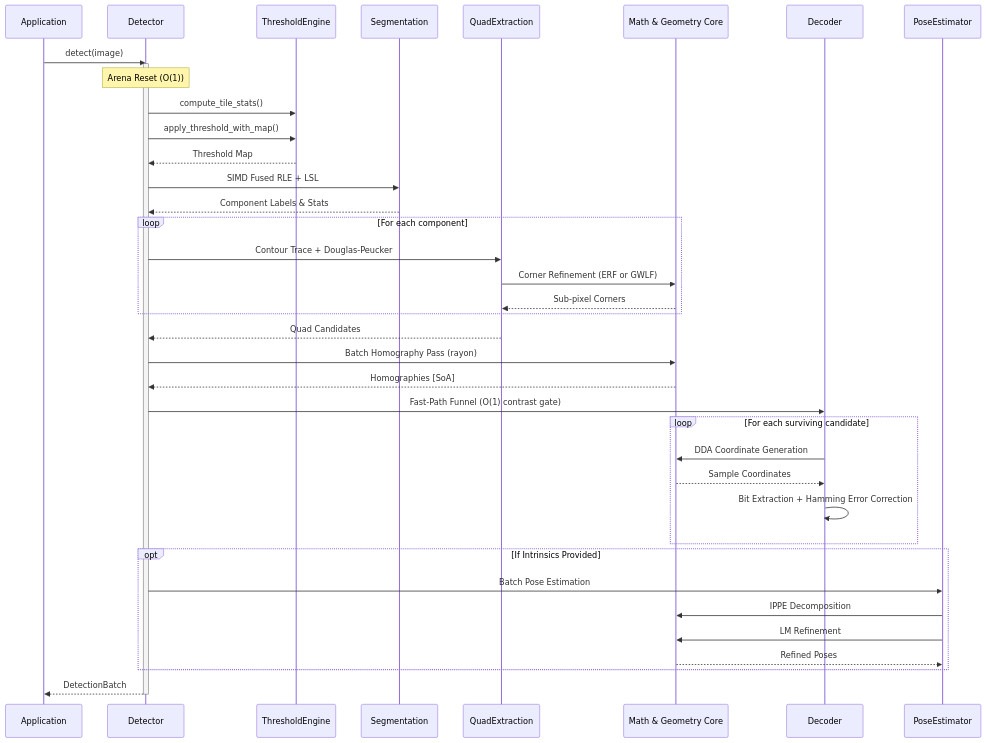
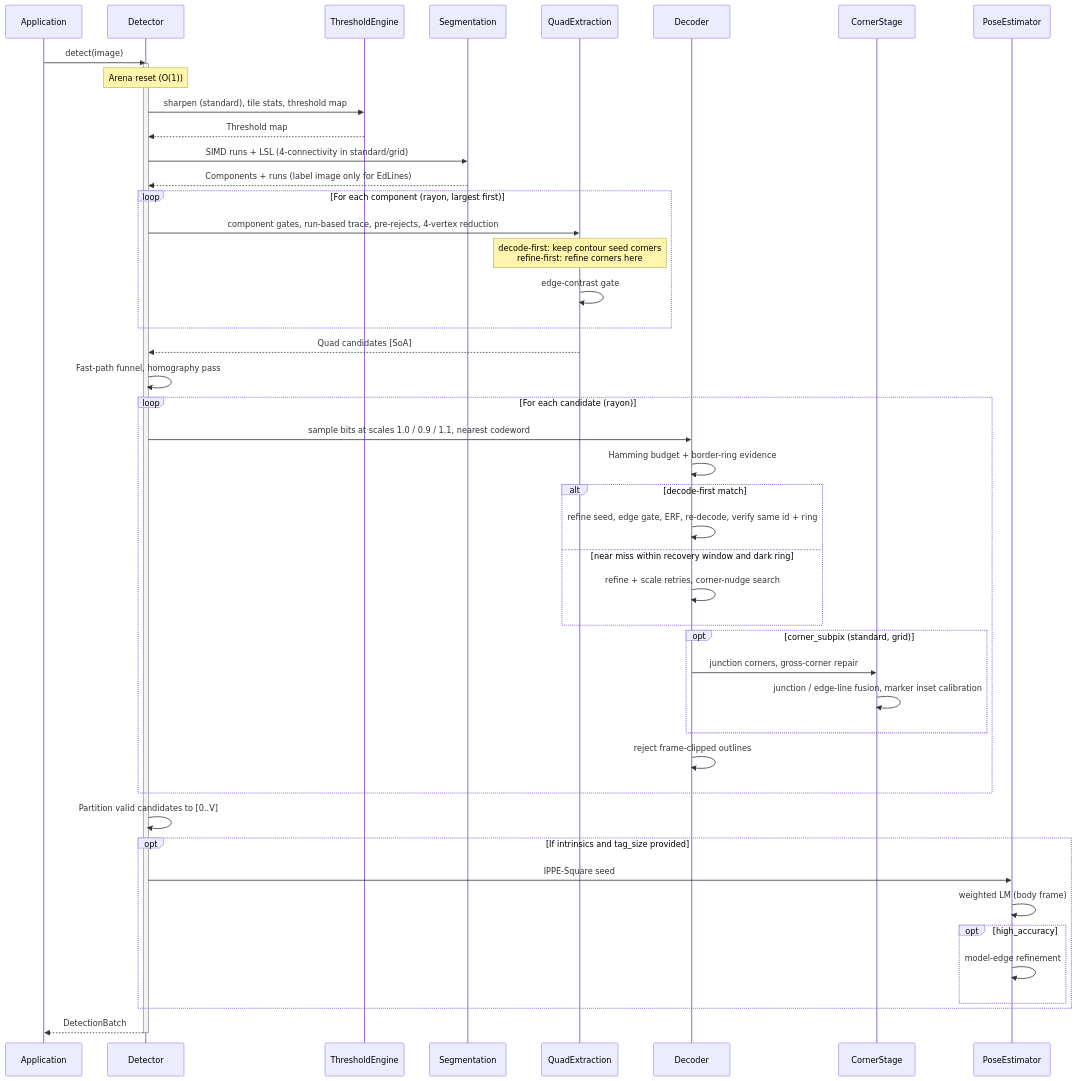
Before and after one commit to NoeFontana/locus-tag: the second of 2 diagrams in docs/explanation/pipeline.md, drawn with Mermaid. The commit also changed other lines of this file and 19 other files, not shown here.

````diff
--- a/docs/explanation/pipeline.md
+++ b/docs/explanation/pipeline.md
@@ -199,50 +234,59 @@
 ```mermaid
 sequenceDiagram
     participant App as Application
     participant Det as Detector
     participant Thresh as ThresholdEngine
     participant Seg as Segmentation
     participant Quad as QuadExtraction
-    participant Geom as Math & Geometry Core
     participant Decode as Decoder
+    participant Corner as CornerStage
     participant Pose as PoseEstimator
 
     App->>Det: detect(image)
     activate Det
 
-    Note over Det: Arena Reset (O(1))
+    Note over Det: Arena reset (O(1))
 
-    Det->>Thresh: compute_tile_stats()
-    Det->>Thresh: apply_threshold_with_map()
-    Thresh-->>Det: Threshold Map
+    Det->>Thresh: sharpen (standard), tile stats, threshold map
+    Thresh-->>Det: Threshold map
 
-    Det->>Seg: SIMD Fused RLE + LSL
-    Seg-->>Det: Component Labels & Stats
+    Det->>Seg: SIMD runs + LSL (4-connectivity in standard/grid)
+    Seg-->>Det: Components + runs (label image only for EdLines)
 
-    loop For each component
-        Det->>Quad: Contour Trace + Douglas-Peucker
-        Quad->>Geom: Corner Refinement (ERF or GWLF)
-        Geom-->>Quad: Sub-pixel Corners
+    loop For each component (rayon, largest first)
+        Det->>Quad: component gates, run-based trace, pre-rejects, 4-vertex reduction
+        Note over Quad: decode-first: keep contour seed corners<br/>refine-first: refine corners here
+        Quad->>Quad: edge-contrast gate
     end
-    Quad-->>Det: Quad Candidates
+    Quad-->>Det: Quad candidates [SoA]
 
-    Det->>Geom: Batch Homography Pass (rayon)
-    Geom-->>Det: Homographies [SoA]
+    Det->>Det: Fast-path funnel, homography pass
 
-    Det->>Decode: Fast-Path Funnel (O(1) contrast gate)
-    loop For each surviving candidate
-        Decode->>Geom: DDA Coordinate Generation
-        Geom-->>Decode: Sample Coordinates
-        Decode->>Decode: Bit Extraction + Hamming Error Correction
+    loop For each candidate (rayon)
+        Det->>Decode: sample bits at scales 1.0 / 0.9 / 1.1, nearest codeword
+        Decode->>Decode: Hamming budget + border-ring evidence
+        alt decode-first match
+            Decode->>Decode: refine seed, edge gate, ERF, re-decode, verify same id + ring
+        else near miss within recovery window and dark ring
+            Decode->>Decode: refine + scale retries, corner-nudge search
+        end
+        opt corner_subpix (standard, grid)
+            Decode->>Corner: junction corners, gross-corner repair
+            Corner->>Corner: junction / edge-line fusion, marker inset calibration
+        end
+        Decode->>Decode: reject frame-clipped outlines
     end
 
-    opt If Intrinsics Provided
-        Det->>Pose: Batch Pose Estimation
-        Pose->>Geom: IPPE Decomposition
-        Pose->>Geom: LM Refinement
-        Geom-->>Pose: Refined Poses
+    Det->>Det: Partition valid candidates to [0..V]
+
+    opt If intrinsics and tag_size provided
+        Det->>Pose: IPPE-Square seed
+        Pose->>Pose: weighted LM (body frame)
+        opt high_accuracy
+            Pose->>Pose: model-edge refinement
+        end
     end
 
     Det-->>App: DetectionBatch
     deactivate Det
 ```
````
